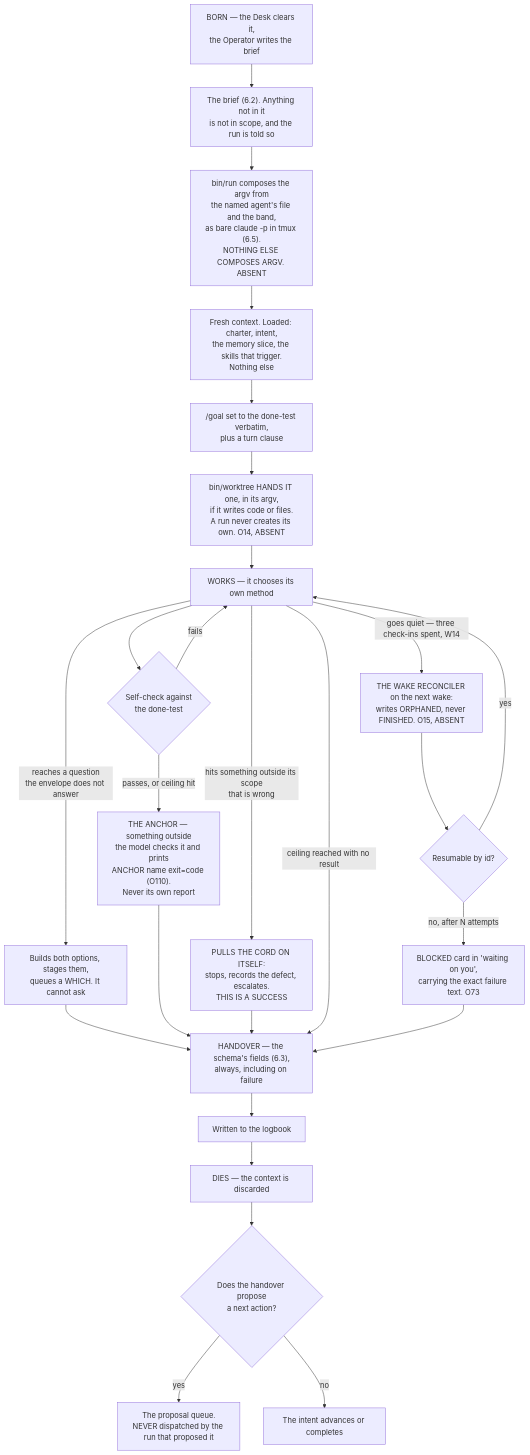
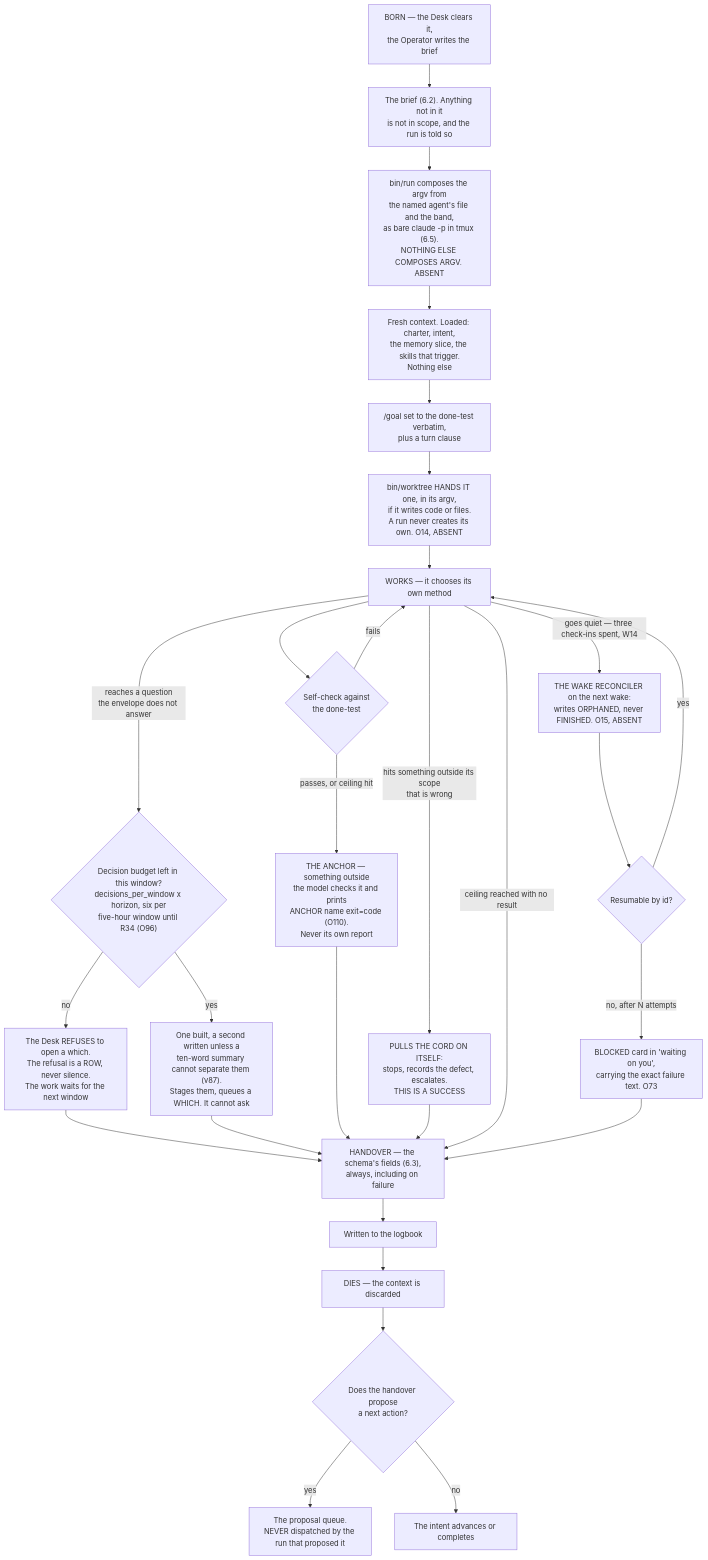
One commit to Adam077K/agentvibe changed the diagram in docs/03-system-design/final-v2/parts/06-a-run.md. Above: the diagram before and after it, drawn with Mermaid. The commit also changed other lines of this file and 19 other files, not shown here.

````diff
--- a/docs/03-system-design/final-v2/parts/06-a-run.md
+++ b/docs/03-system-design/final-v2/parts/06-a-run.md
@@ -21,28 +21,31 @@
 ```mermaid
 flowchart TD
     BIRTH["BORN — the Desk clears it,<br/>the Operator writes the brief"] --> BRIEF
     BRIEF["The brief (6.2). Anything not in it<br/>is not in scope, and the run is told so"] --> ARGV["bin/run composes the argv from<br/>the named agent's file and the band,<br/>as bare claude -p in tmux (6.5).<br/>NOTHING ELSE COMPOSES ARGV. ABSENT"]
     ARGV --> CTX["Fresh context. Loaded: charter, intent,<br/>the memory slice, the skills that trigger.<br/>Nothing else"]
     CTX --> GOAL["/goal set to the done-test verbatim,<br/>plus a turn clause"]
     GOAL --> ISO["bin/worktree HANDS IT one, in its argv,<br/>if it writes code or files.<br/>A run never creates its own. O14, ABSENT"]
     ISO --> WORK["WORKS — it chooses its own method"]
     WORK --> SELF{"Self-check against<br/>the done-test"}
     SELF -->|"fails"| WORK
     SELF -->|"passes, or ceiling hit"| ANCH["THE ANCHOR — something outside<br/>the model checks it and prints<br/>ANCHOR name exit=code (O110).<br/>Never its own report"]
     WORK -->|"hits something outside its scope<br/>that is wrong"| CORD["PULLS THE CORD ON ITSELF:<br/>stops, records the defect, escalates.<br/>THIS IS A SUCCESS"]
-    WORK -->|"reaches a question<br/>the envelope does not answer"| STAGE["Builds both options, stages them,<br/>queues a WHICH. It cannot ask"]
+    WORK -->|"reaches a question<br/>the envelope does not answer"| BUDGET{"Decision budget left in this window?<br/>decisions_per_window x horizon, six per<br/>five-hour window until R34 (O96)"}
+    BUDGET -->|"no"| REFUSED["The Desk REFUSES to open a which.<br/>The refusal is a ROW, never silence.<br/>The work waits for the next window"]
+    BUDGET -->|"yes"| STAGE["One built, a second written unless a<br/>ten-word summary cannot separate them (v87).<br/>Stages them, queues a WHICH. It cannot ask"]
+    REFUSED --> HAND
     STAGE --> HAND
     ANCH --> HAND["HANDOVER — the schema's fields (6.3),<br/>always, including on failure"]
     CORD --> HAND
     WORK -->|"ceiling reached with no result"| HAND
     WORK -->|"goes quiet — three check-ins spent, W14"| ORPH["THE WAKE RECONCILER on the next wake:<br/>writes ORPHANED, never FINISHED. O15, ABSENT"]
     ORPH --> RES{"Resumable by id?"}
     RES -->|"yes"| WORK
     RES -->|"no, after N attempts"| BLK["BLOCKED card in 'waiting on you',<br/>carrying the exact failure text. O73"]
     BLK --> HAND
     HAND --> LOG["Written to the logbook"]
     LOG --> DIE["DIES — the context is discarded"]
     DIE --> NEXT{"Does the handover propose<br/>a next action?"}
     NEXT -->|"yes"| Q["The proposal queue.<br/>NEVER dispatched by the run that proposed it"]
     NEXT -->|"no"| END["The intent advances or completes"]
 ```
````
